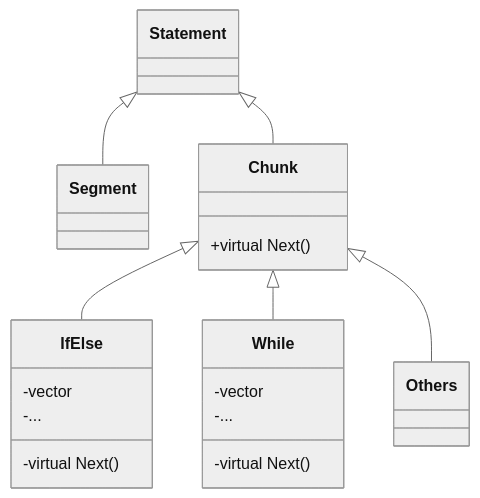
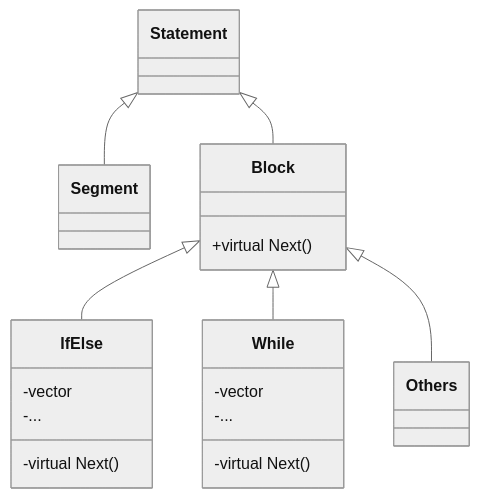
Before and after one commit to byfxxm/pipeline_3.0: the fourth of 6 diagrams in src/pipeline/宏程序解析设计方案.md, drawn with Mermaid (neutral theme). The commit also changed other lines of this file and 6 other files, not shown here.

````diff
--- a/src/pipeline/宏程序解析设计方案.md
+++ b/src/pipeline/宏程序解析设计方案.md
@@ -358,21 +358,21 @@
 ```mermaid
 classDiagram
 	Statement <|-- Segment
-	Statement <|-- Chunk
-	Chunk <|-- IfElse
-	Chunk <|-- While
-	Chunk <|-- Others
-	class Chunk{
+	Statement <|-- Block
+	Block <|-- IfElse
+	Block <|-- While
+	Block <|-- Others
+	class Block{
 		+virtual Next()
 	}
 	class IfElse{
 		-virtual Next()
 		-vector<Segment>
 		-...
 	}
 	class While{
 		-virtual Next()
 		-vector<Segment>
 		-...
 	}
 ```
````
